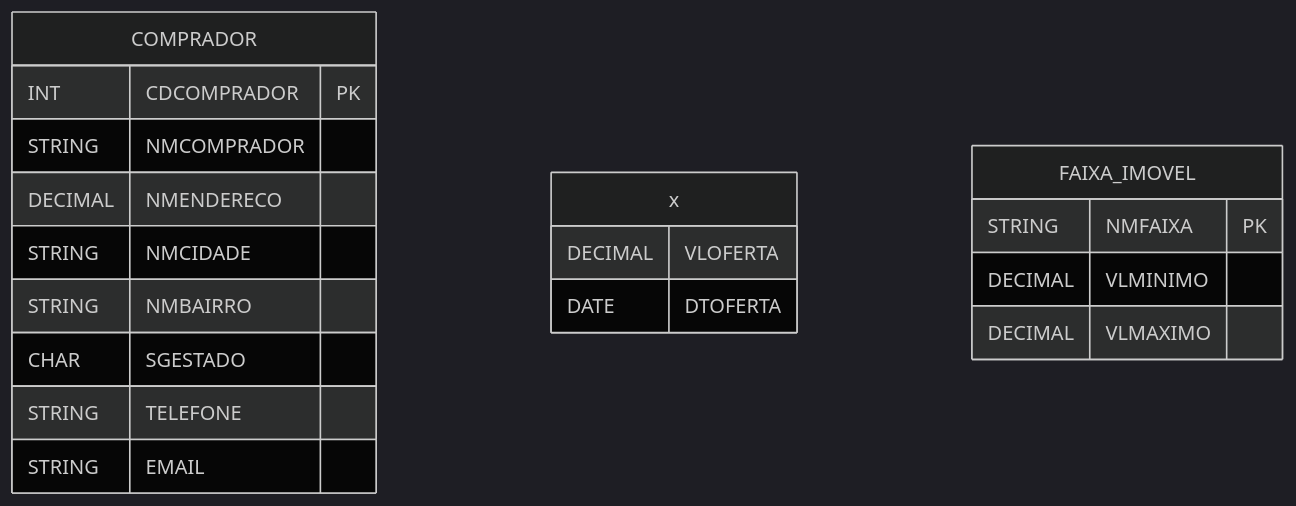
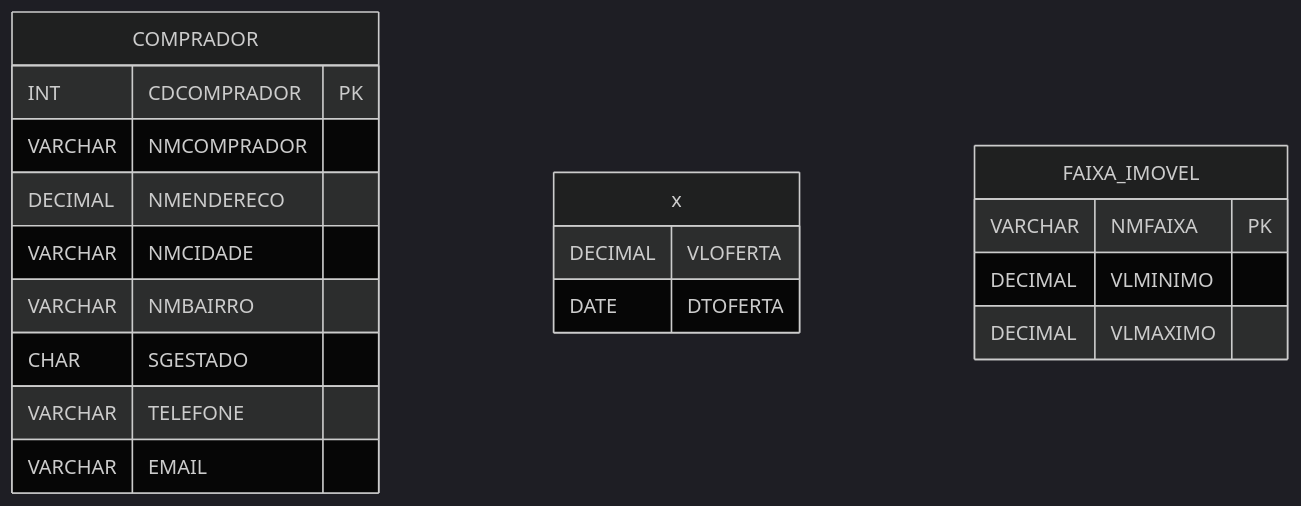
Before and after one commit to marcg-dev/SQLCursoPratico: the sixth of 13 diagrams in pages/Cap2.md, drawn with Mermaid (dark theme). The commit also changed other lines of this file, not shown here.

````diff
--- a/pages/Cap2.md
+++ b/pages/Cap2.md
@@ -145,22 +149,22 @@
 ```mermaid
 erDiagram
     COMPRADOR {
         INT CDCOMPRADOR PK
-        STRING NMCOMPRADOR
+        VARCHAR NMCOMPRADOR
         DECIMAL NMENDERECO
-        STRING NMCIDADE
-        STRING NMBAIRRO
+        VARCHAR NMCIDADE
+        VARCHAR NMBAIRRO
         CHAR SGESTADO
-        STRING TELEFONE
-        STRING EMAIL
+        VARCHAR TELEFONE
+        VARCHAR EMAIL
     }
     x {
         DECIMAL VLOFERTA
         DATE DTOFERTA
     }
     FAIXA_IMOVEL {
-        STRING NMFAIXA PK
+        VARCHAR NMFAIXA PK
         DECIMAL VLMINIMO
         DECIMAL VLMAXIMO
     }
 ```
````
